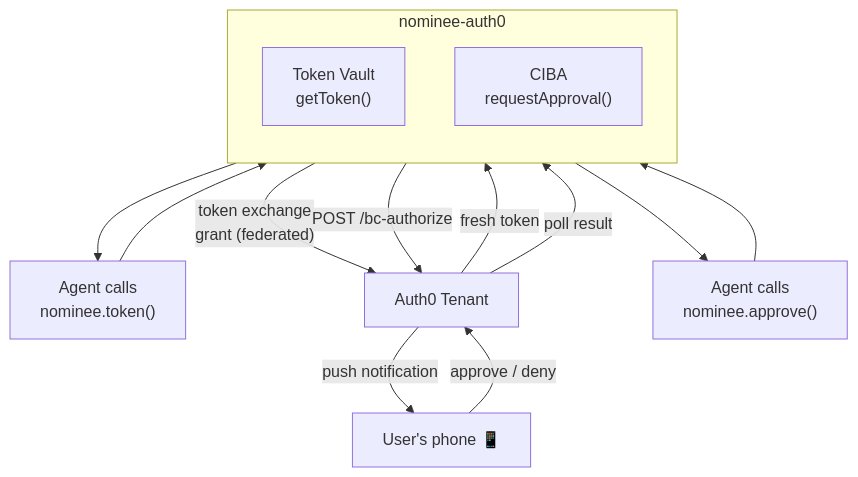
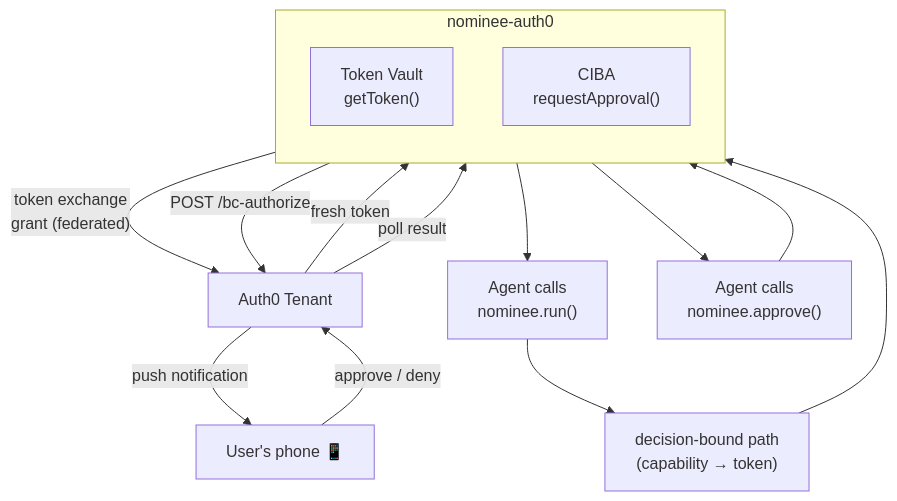
The diagram in packages/auth0/README.md (bharath31/nominee), drawn with Mermaid before and after one commit. The commit also changed other lines of this file and 21 other files, not shown here.

First line of the commit message:
docs: sync public surfaces with decision-bound lifecycle

````diff
--- a/packages/auth0/README.md
+++ b/packages/auth0/README.md
@@ -30,20 +30,21 @@
 ```mermaid
 flowchart TB
     subgraph "nominee-auth0"
         direction TB
         TV["Token Vault\ngetToken()"] 
         CIBA["CIBA\nrequestApproval()"]
     end
 
-    Agent["Agent calls\nnominee.token()"] --> TV
+    Agent["Agent calls\nnominee.run()"] --> RUN["decision-bound path\n(capability → token)"]
+    RUN --> TV
     TV -->|"token exchange\ngrant (federated)"| Auth0["Auth0 Tenant"]
     Auth0 -->|fresh token| TV
     TV --> Agent
 
     Agent2["Agent calls\nnominee.approve()"] --> CIBA
     CIBA -->|"POST /bc-authorize"| Auth0
     Auth0 -->|push notification| Phone["User's phone 📱"]
     Phone -->|approve / deny| Auth0
     Auth0 -->|poll result| CIBA
     CIBA --> Agent2
 ```
````
